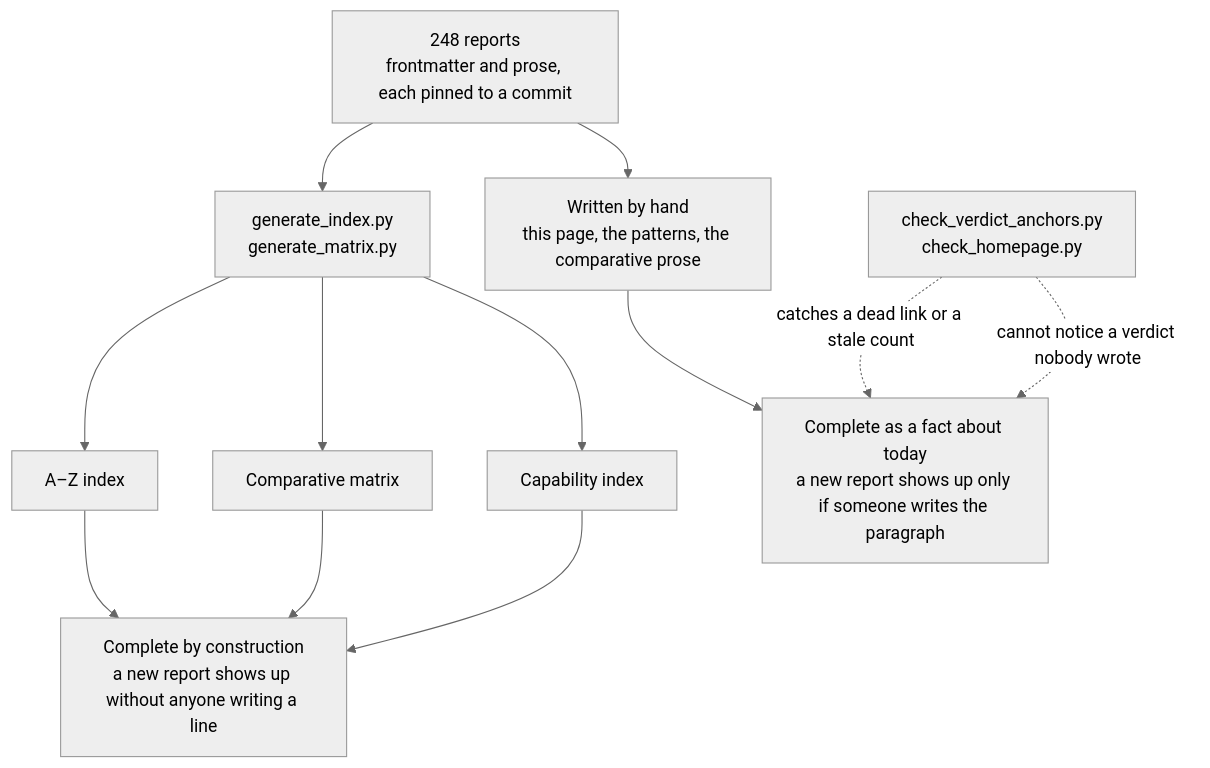
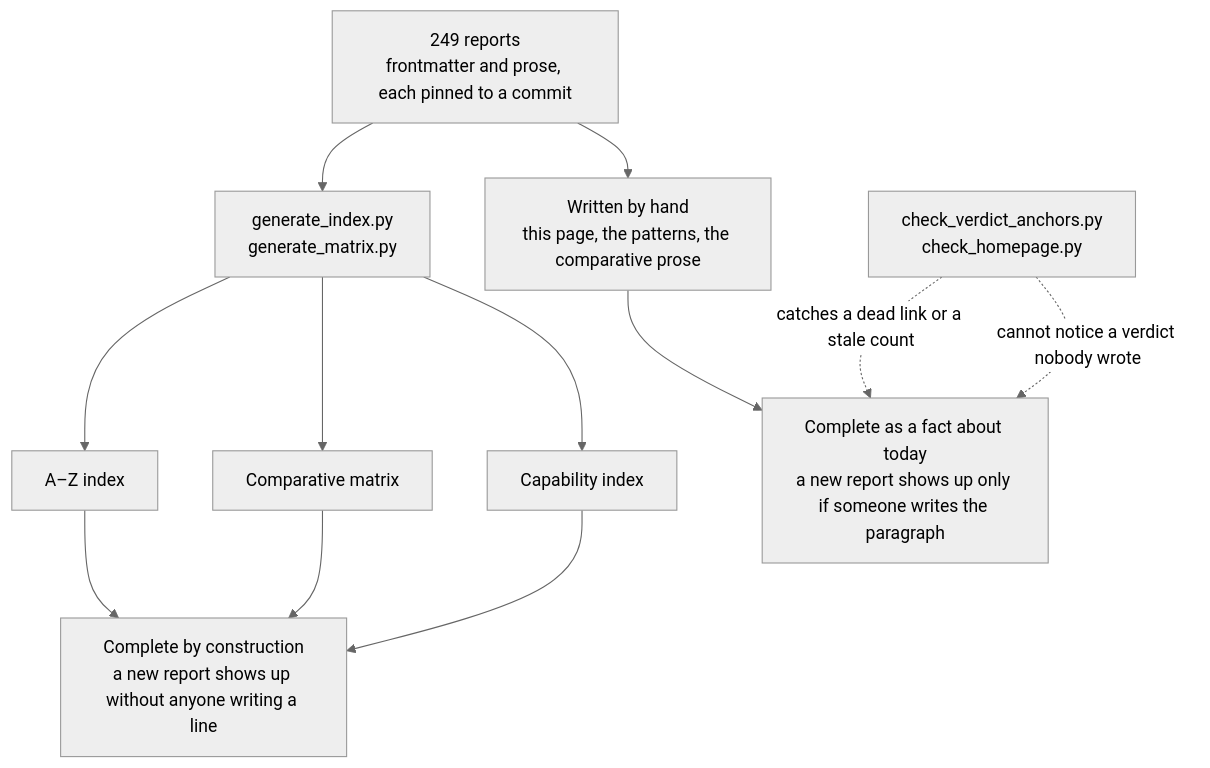
The diagram in content/verdicts.md (neoneye/agent-memory-atlas), drawn with Mermaid (neutral theme) before and after one commit. The commit also changed other lines of this file and 24 other files, not shown here.

````diff
--- a/content/verdicts.md
+++ b/content/verdicts.md
@@ -40,15 +40,15 @@
 ```mermaid
 flowchart TD
-    R["248 reports<br/>frontmatter and prose, each pinned to a commit"]
+    R["249 reports<br/>frontmatter and prose, each pinned to a commit"]
     R --> GEN["generate_index.py<br/>generate_matrix.py"]
     R --> HAND["Written by hand<br/>this page, the patterns, the comparative prose"]
     GEN --> AZ["A–Z index"]
     GEN --> MX["Comparative matrix"]
     GEN --> CI["Capability index"]
     AZ --> CONST["Complete by construction<br/>a new report shows up without anyone writing a line"]
     MX --> CONST
     CI --> CONST
     HAND --> TODAY["Complete as a fact about today<br/>a new report shows up only if someone writes the paragraph"]
     CHK["check_verdict_anchors.py<br/>check_homepage.py"] -.->|"catches a dead link or a stale count"| TODAY
     CHK -.->|"cannot notice a verdict nobody wrote"| TODAY
 ```
````
